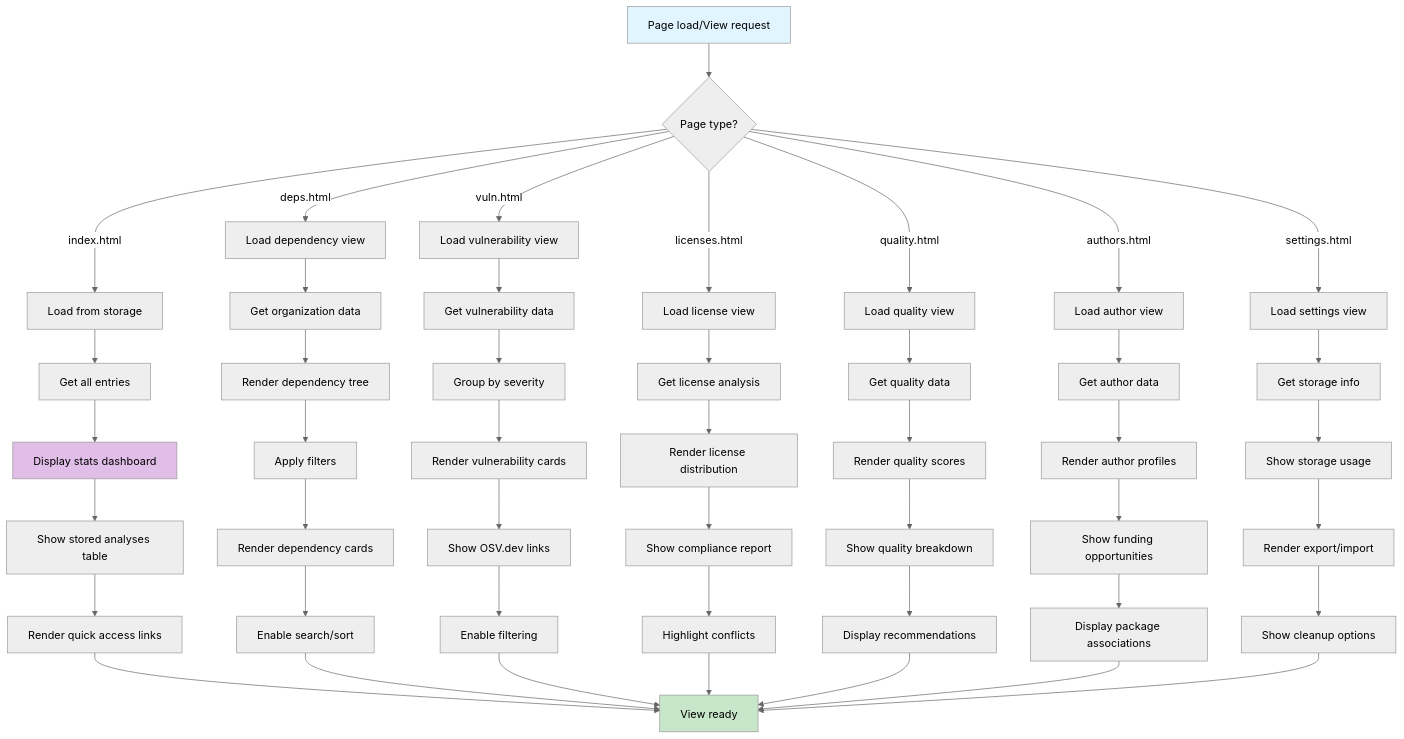
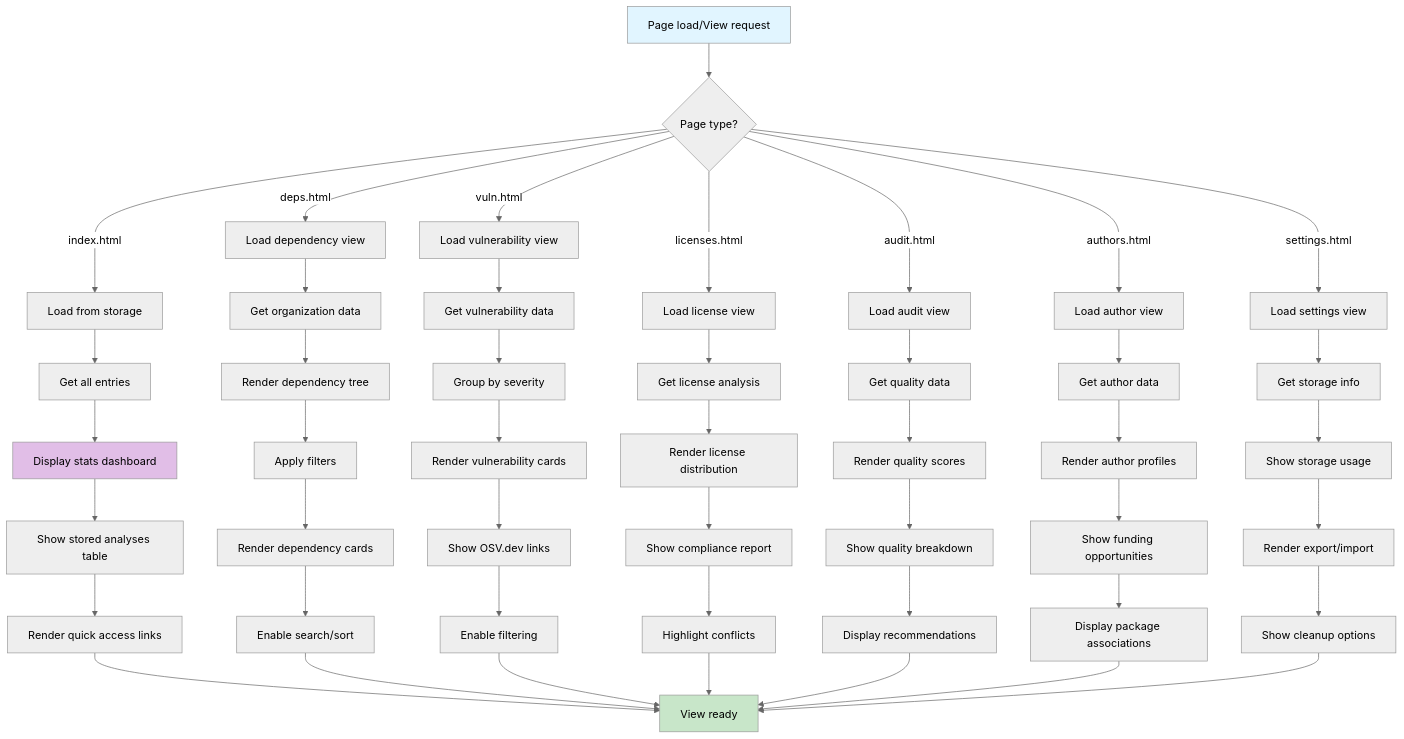
One commit to cyfinoid/sbomplay changed the ninth of 11 diagrams in flowchart.md. Above: the diagram before and after it, drawn with Mermaid (neutral theme). The commit also changed 14 other files, not shown here.

````diff
--- a/flowchart.md
+++ b/flowchart.md
@@ -574,60 +574,60 @@
 ```mermaid
 flowchart TD
     A[Page load/View request] --> B{Page type?}
     B -->|index.html| C[Load from storage]
     B -->|deps.html| D[Load dependency view]
     B -->|vuln.html| E[Load vulnerability view]
     B -->|licenses.html| F[Load license view]
-    B -->|quality.html| G[Load quality view]
+    B -->|audit.html| G[Load audit view]
     B -->|authors.html| H[Load author view]
     B -->|settings.html| I[Load settings view]
     
     C --> J[Get all entries]
     J --> K[Display stats dashboard]
     K --> L[Show stored analyses table]
     L --> M[Render quick access links]
     
     D --> N[Get organization data]
     N --> O[Render dependency tree]
     O --> P[Apply filters]
     P --> Q[Render dependency cards]
     Q --> R[Enable search/sort]
     
     E --> S[Get vulnerability data]
     S --> T[Group by severity]
     T --> U[Render vulnerability cards]
     U --> V[Show OSV.dev links]
     V --> W[Enable filtering]
     
     F --> X[Get license analysis]
     X --> Y[Render license distribution]
     Y --> Z[Show compliance report]
     Z --> AA[Highlight conflicts]
     
     G --> AB[Get quality data]
     AB --> AC[Render quality scores]
     AC --> AD[Show quality breakdown]
     AD --> AE[Display recommendations]
     
     H --> AF[Get author data]
     AF --> AG[Render author profiles]
     AG --> AH[Show funding opportunities]
     AH --> AI[Display package associations]
     
     I --> AJ[Get storage info]
     AJ --> AK[Show storage usage]
     AK --> AL[Render export/import]
     AL --> AM[Show cleanup options]
     
     M --> AN[View ready]
     R --> AN
     W --> AN
     AA --> AN
     AE --> AN
     AI --> AN
     AM --> AN
     
     style A fill:#e1f5ff
     style AN fill:#c8e6c9
     style K fill:#e1bee7
 ```
````
